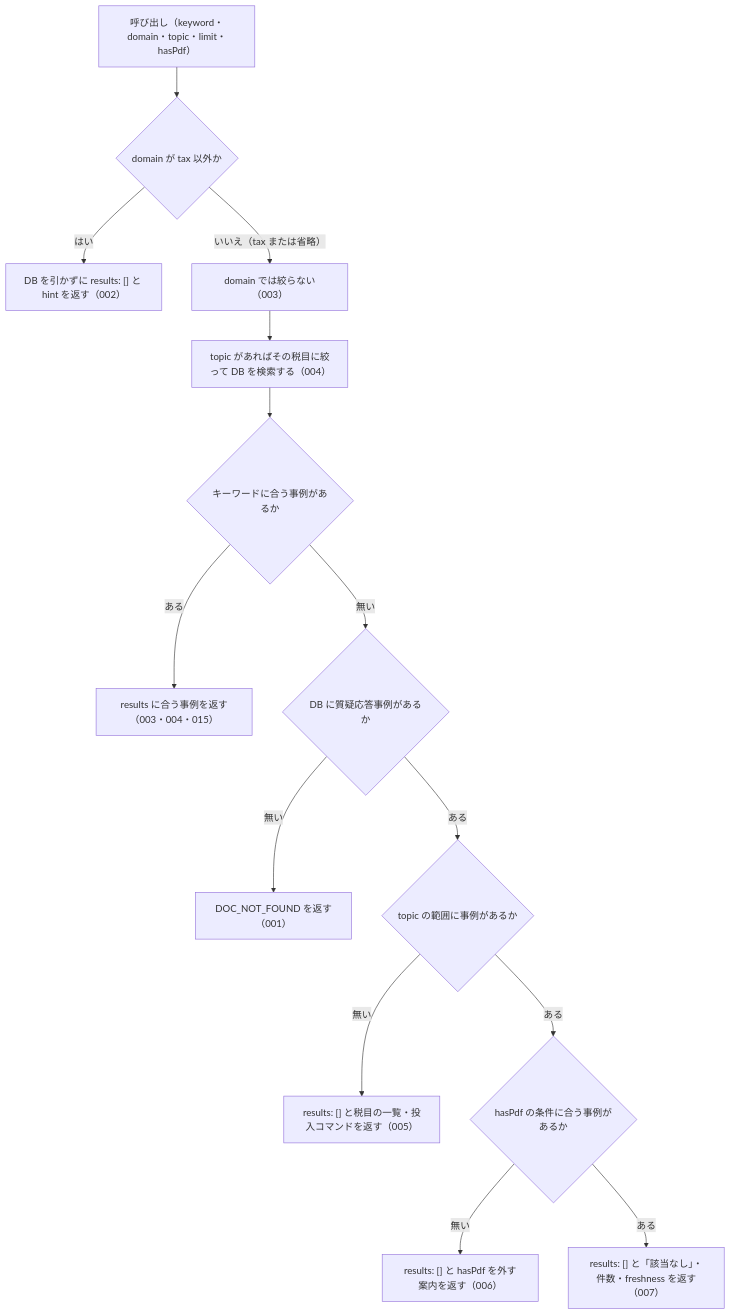
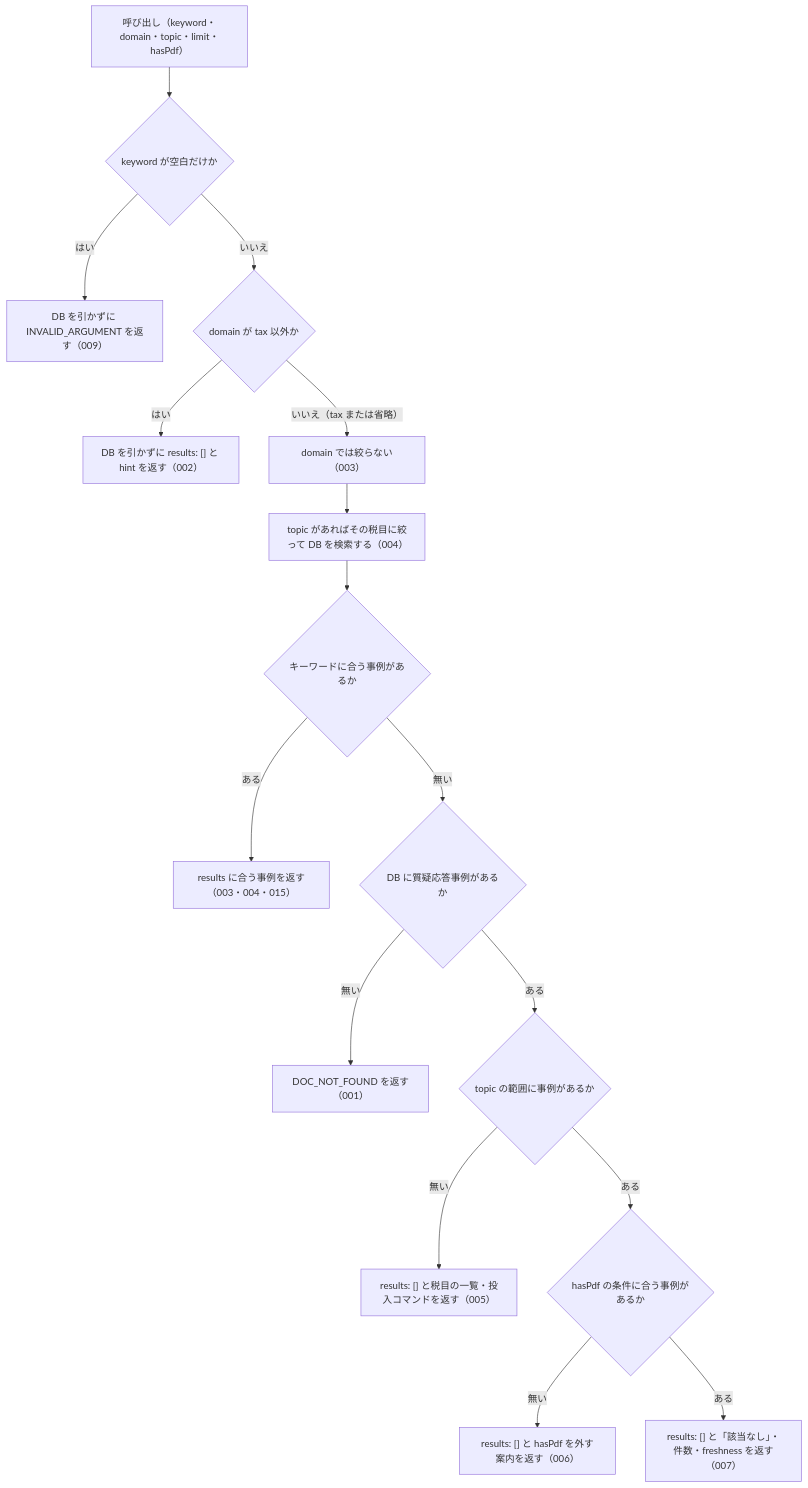
Before and after one commit to shuji-bonji/houki-nta-mcp: the diagram in specs/current/nta_search_qa/spec.md, drawn with Mermaid. The commit also changed 13 other files, not shown here.

````diff
--- a/specs/current/nta_search_qa/spec.md
+++ b/specs/current/nta_search_qa/spec.md
@@ -31,16 +31,18 @@
 ```mermaid
 flowchart TD
-  A["呼び出し（keyword・domain・topic・limit・hasPdf）"] --> B{"domain が tax 以外か"}
+  A["呼び出し（keyword・domain・topic・limit・hasPdf）"] --> W{"keyword が空白だけか"}
+  W -- はい --> E0["DB を引かずに INVALID_ARGUMENT を返す（009）"]
+  W -- いいえ --> B{"domain が tax 以外か"}
   B -- はい --> E1["DB を引かずに results: [] と hint を返す（002）"]
   B -- "いいえ（tax または省略）" --> C["domain では絞らない（003）"]
   C --> D["topic があればその税目に絞って DB を検索する（004）"]
   D --> F{"キーワードに合う事例があるか"}
   F -- ある --> G["results に合う事例を返す（003・004・015）"]
   F -- 無い --> H{"DB に質疑応答事例があるか"}
   H -- 無い --> E2["DOC_NOT_FOUND を返す（001）"]
   H -- ある --> I{"topic の範囲に事例があるか"}
   I -- 無い --> E3["results: [] と税目の一覧・投入コマンドを返す（005）"]
   I -- ある --> J{"hasPdf の条件に合う事例があるか"}
   J -- 無い --> E4["results: [] と hasPdf を外す案内を返す（006）"]
   J -- ある --> E5["results: [] と「該当なし」・件数・freshness を返す（007）"]
 ```
````
